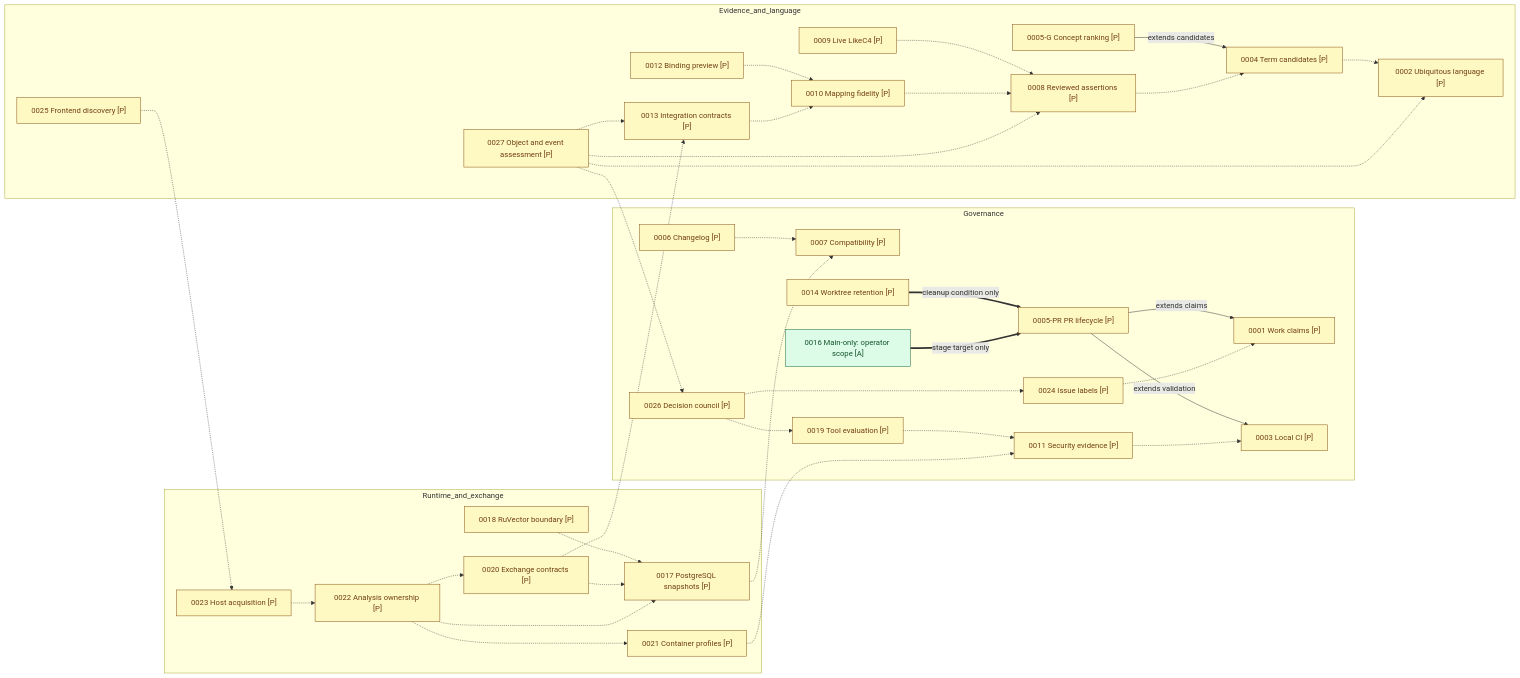
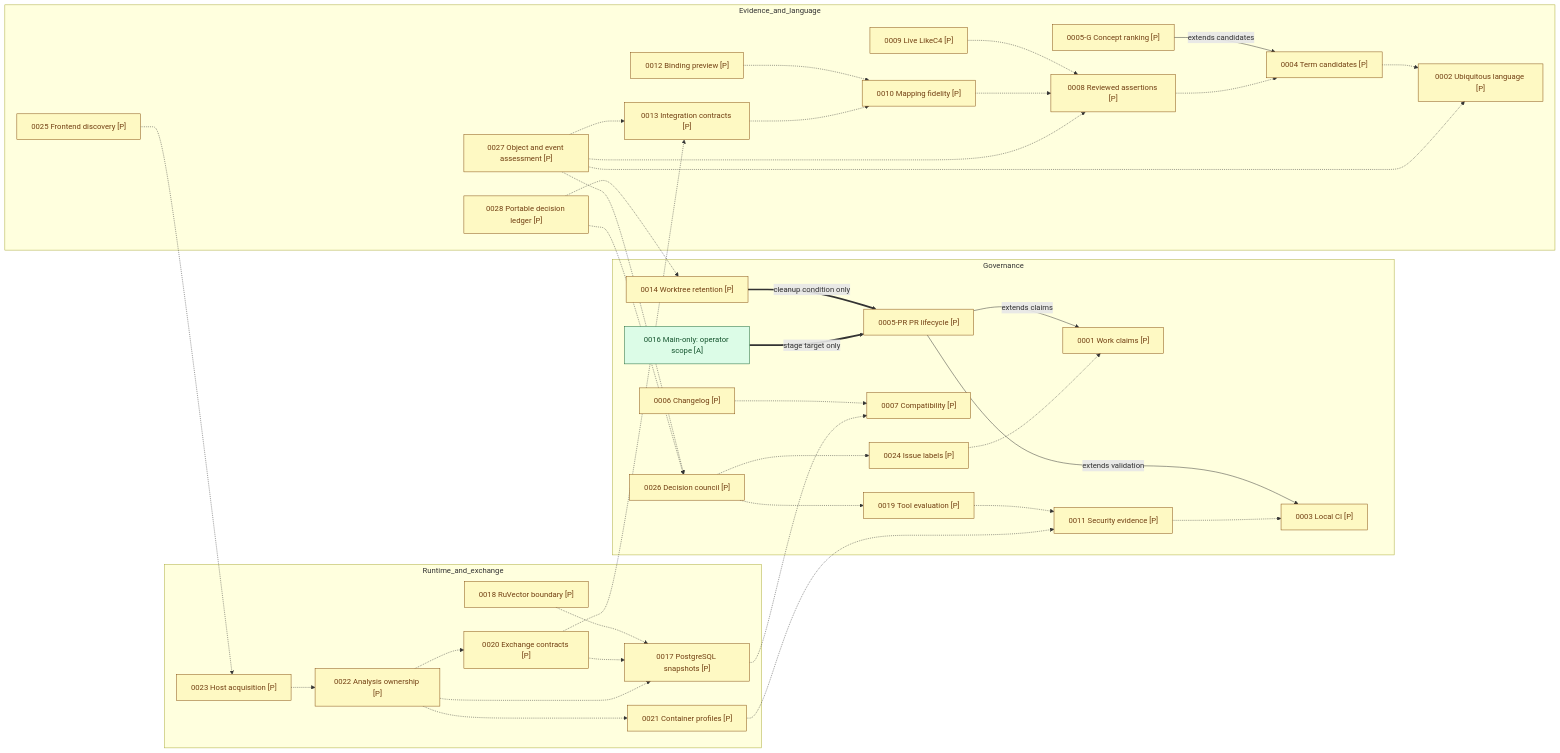
The diagram in docs/adr/README.md (Sonberg/capability-explorer), drawn with Mermaid before and after one commit. The commit also changed other lines of this file and 16 other files, not shown here.

First line of the commit message:
feat(decisions): integrate portable ledger and guarded branch lifecycle

````diff
--- a/docs/adr/README.md
+++ b/docs/adr/README.md
@@ -66,71 +67,74 @@
 ```mermaid
 flowchart LR
   subgraph Governance
     a01["0001 Work claims [P]"]:::proposed
     a03["0003 Local CI [P]"]:::proposed
     a05p["0005-PR PR lifecycle [P]"]:::proposed
     a06["0006 Changelog [P]"]:::proposed
     a07["0007 Compatibility [P]"]:::proposed
     a11["0011 Security evidence [P]"]:::proposed
     a14["0014 Worktree retention [P]"]:::proposed
     a16["0016 Main-only: operator scope [A]"]:::accepted
     a19["0019 Tool evaluation [P]"]:::proposed
     a24["0024 Issue labels [P]"]:::proposed
     a26["0026 Decision council [P]"]:::proposed
   end
   subgraph Evidence_and_language
     a02["0002 Ubiquitous language [P]"]:::proposed
     a04["0004 Term candidates [P]"]:::proposed
     a05g["0005-G Concept ranking [P]"]:::proposed
     a08["0008 Reviewed assertions [P]"]:::proposed
     a09["0009 Live LikeC4 [P]"]:::proposed
     a10["0010 Mapping fidelity [P]"]:::proposed
     a12["0012 Binding preview [P]"]:::proposed
     a13["0013 Integration contracts [P]"]:::proposed
     a25["0025 Frontend discovery [P]"]:::proposed
     a27["0027 Object and event assessment [P]"]:::proposed
+    a28["0028 Portable decision ledger [P]"]:::proposed
   end
   subgraph Runtime_and_exchange
     a17["0017 PostgreSQL snapshots [P]"]:::proposed
     a18["0018 RuVector boundary [P]"]:::proposed
     a20["0020 Exchange contracts [P]"]:::proposed
     a21["0021 Container profiles [P]"]:::proposed
     a22["0022 Analysis ownership [P]"]:::proposed
     a23["0023 Host acquisition [P]"]:::proposed
   end
   a05p -->|extends claims| a01
   a05p -->|extends validation| a03
   a14 ==>|cleanup condition only| a05p
   a16 ==>|stage target only| a05p
   a06 -.-> a07
   a11 -.-> a03
   a19 -.-> a11
   a24 -.-> a01
   a26 -.-> a19
   a26 -.-> a24
   a04 -.-> a02
   a05g -->|extends candidates| a04
   a08 -.-> a04
   a09 -.-> a08
   a10 -.-> a08
   a12 -.-> a10
   a13 -.-> a10
   a17 -.-> a07
   a18 -.-> a17
   a20 -.-> a13
   a20 -.-> a17
   a21 -.-> a11
   a22 -.-> a17
   a22 -.-> a20
   a22 -.-> a21
   a23 -.-> a22
   a25 -.-> a23
   a27 -.-> a02
   a27 -.-> a08
   a27 -.-> a13
   a27 -.-> a26
+  a28 -.-> a26
+  a28 -.-> a14
   classDef accepted fill:#dcfce7,stroke:#166534,color:#14532d
   classDef proposed fill:#fef9c3,stroke:#854d0e,color:#713f12
   classDef draft fill:#fee2e2,stroke:#991b1b,color:#7f1d1d
   classDef historical fill:#e5e7eb,stroke:#4b5563,color:#111827
 ```
````
